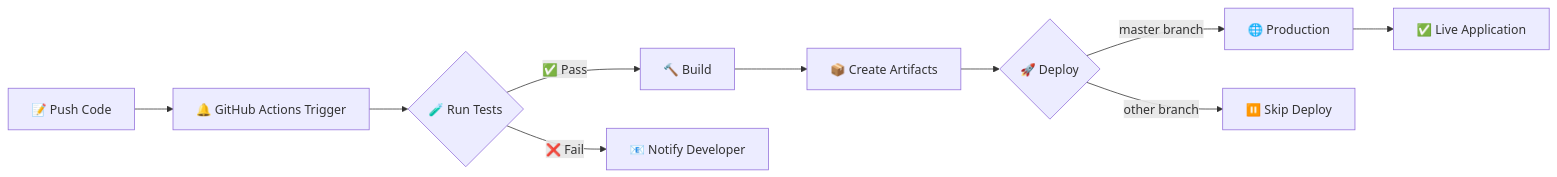
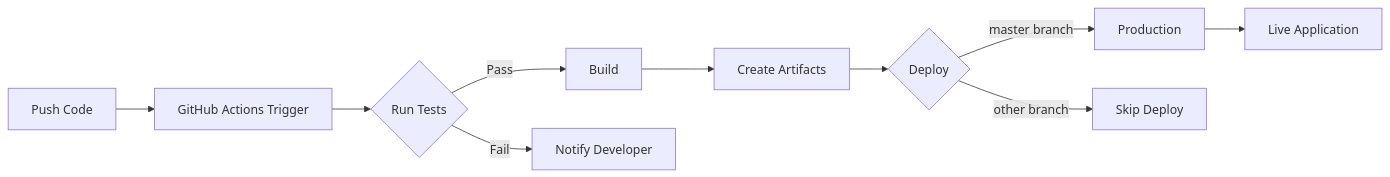
The diagram in README.md (engrmumtazali0112/Flask-CI-CD-Demo-Application), drawn with Mermaid before and after one commit. The commit also changed other lines of this file, not shown here.

````diff
--- a/README.md
+++ b/README.md
@@ -341,12 +362,12 @@
 ```mermaid
 graph LR
-    A[📝 Push Code] --> B[🔔 GitHub Actions Trigger]
-    B --> C{🧪 Run Tests}
-    C -->|✅ Pass| D[🔨 Build]
-    C -->|❌ Fail| E[📧 Notify Developer]
-    D --> F[📦 Create Artifacts]
-    F --> G{🚀 Deploy}
-    G -->|master branch| H[🌐 Production]
-    G -->|other branch| I[⏸️ Skip Deploy]
-    H --> J[✅ Live Application]
+    A[Push Code] --> B[GitHub Actions Trigger]
+    B --> C{Run Tests}
+    C -->|Pass| D[Build]
+    C -->|Fail| E[Notify Developer]
+    D --> F[Create Artifacts]
+    F --> G{Deploy}
+    G -->|master branch| H[Production]
+    G -->|other branch| I[Skip Deploy]
+    H --> J[Live Application]
 ```
````
